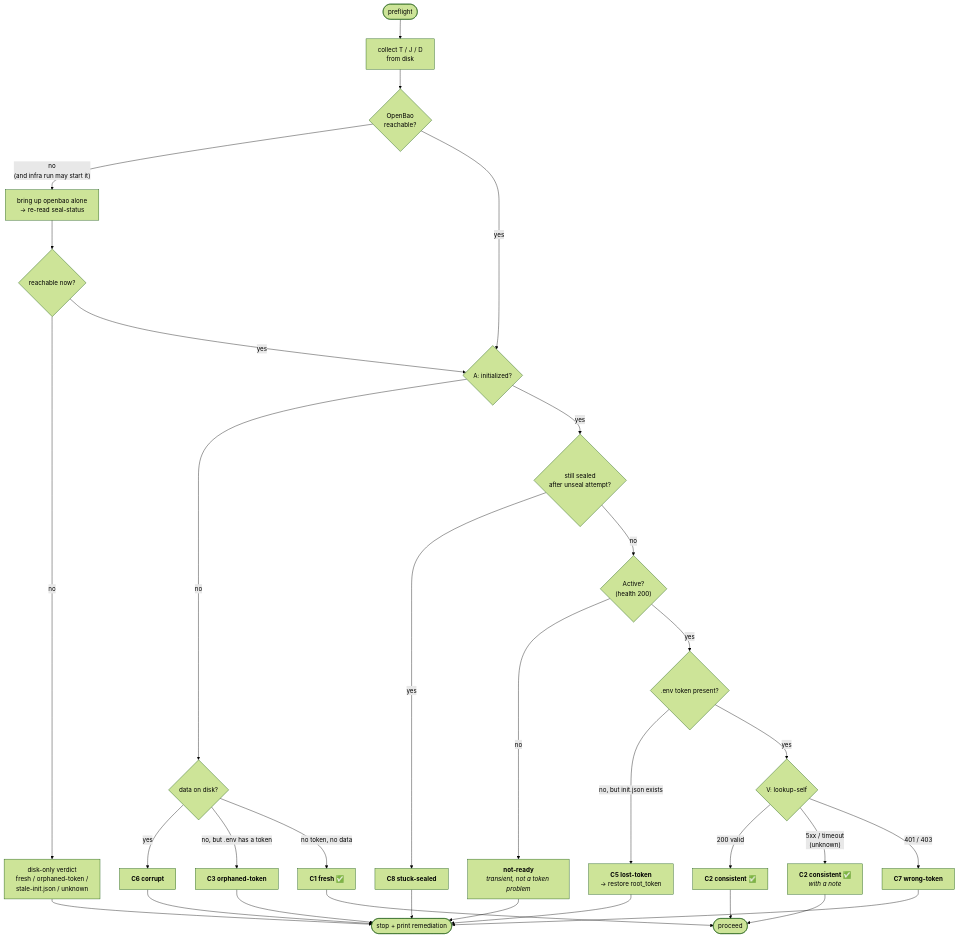
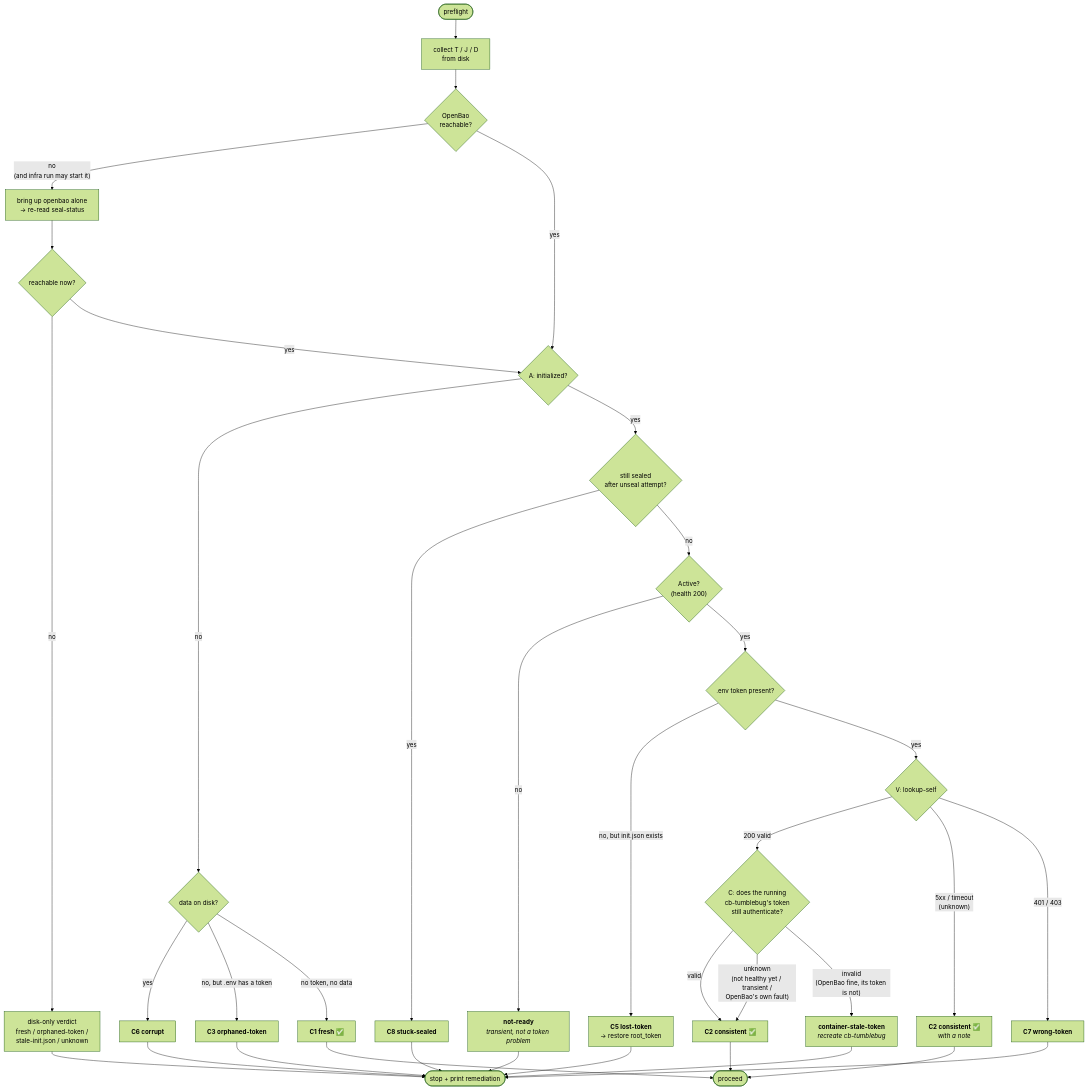
Before and after one commit to cloud-barista/cm-mayfly: diagram 14 of 14 in docs/openbao-unseal.md, drawn with Mermaid (forest theme). The commit also changed other lines of this file and 9 other files, not shown here.

````diff
--- a/docs/openbao-unseal.md
+++ b/docs/openbao-unseal.md
@@ -511,41 +524,46 @@
 ```mermaid
 flowchart TD
     START([preflight]) --> COLLECT["collect T / J / D<br/>from disk"]
     COLLECT --> REACH{"OpenBao<br/>reachable?"}
 
     REACH -->|"no<br/>(and infra run may start it)"| STARTOB["bring up openbao alone<br/>→ re-read seal-status"]
     STARTOB --> REACH2{reachable now?}
     REACH2 -->|no| DISK["disk-only verdict<br/>fresh / orphaned-token /<br/>stale-init.json / unknown"]
     REACH2 -->|yes| INITQ
     REACH -->|yes| INITQ{"A: initialized?"}
 
     INITQ -->|no| NOTINIT{"data on disk?"}
     NOTINIT -->|yes| C6["<b>C6 corrupt</b>"]
     NOTINIT -->|"no, but .env has a token"| C3["<b>C3 orphaned-token</b>"]
     NOTINIT -->|"no token, no data"| C1["<b>C1 fresh</b> ✅"]
 
     INITQ -->|yes| SEALQ{"still sealed<br/>after unseal attempt?"}
     SEALQ -->|yes| C8["<b>C8 stuck-sealed</b>"]
     SEALQ -->|no| ACTIVEQ{"Active?<br/>(health 200)"}
 
     ACTIVEQ -->|no| NR["<b>not-ready</b><br/><i>transient, not a token problem</i>"]
     ACTIVEQ -->|yes| TOKQ{".env token present?"}
 
     TOKQ -->|"no, but init.json exists"| C5["<b>C5 lost-token</b><br/>→ restore root_token"]
     TOKQ -->|yes| VQ{"V: lookup-self"}
 
-    VQ -->|"200 valid"| C2["<b>C2 consistent</b> ✅"]
+    VQ -->|"200 valid"| CQ{"C: does the running<br/>cb-tumblebug's token<br/>still authenticate?"}
     VQ -->|"5xx / timeout<br/>(unknown)"| C2U["<b>C2 consistent</b> ✅<br/><i>with a note</i>"]
     VQ -->|"401 / 403"| C7["<b>C7 wrong-token</b>"]
+
+    CQ -->|"valid"| C2["<b>C2 consistent</b> ✅"]
+    CQ -->|"unknown<br/>(not healthy yet / transient /<br/>OpenBao's own fault)"| C2
+    CQ -->|"invalid<br/>(OpenBao fine, its token is not)"| C9["<b>container-stale-token</b><br/><i>recreate cb-tumblebug</i>"]
 
     C1 --> GO([proceed])
     C2 --> GO
     C2U --> GO
-    C3 --> STOP([stop + print remediation])
+    C9 --> STOP([stop + print remediation])
+    C3 --> STOP
     C5 --> STOP
     C6 --> STOP
     C7 --> STOP
     C8 --> STOP
     NR --> STOP
     DISK --> STOP
 ```
````
